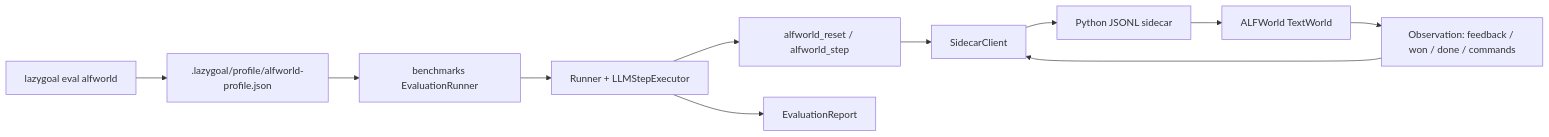
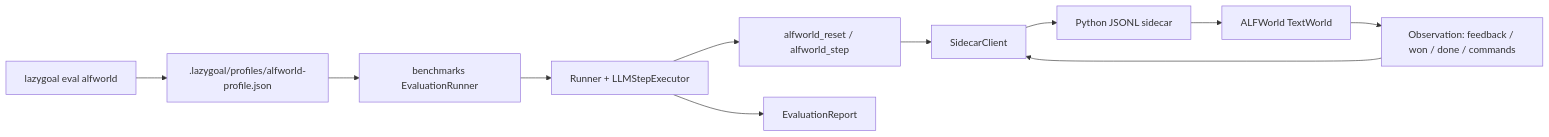
The diagram in specs/alfworld-textworld-eval/design.md (ccasJay/LazyGoal), drawn with Mermaid before and after one commit. The commit also changed other lines of this file and 23 other files, not shown here.

````diff
--- a/specs/alfworld-textworld-eval/design.md
+++ b/specs/alfworld-textworld-eval/design.md
@@ -57,13 +57,13 @@
 ```mermaid
 flowchart LR
-    C[lazygoal eval alfworld] --> PF[.lazygoal/profile/alfworld-profile.json]
+    C[lazygoal eval alfworld] --> PF[.lazygoal/profiles/alfworld-profile.json]
     PF --> E[benchmarks EvaluationRunner]
     E --> G[Runner + LLMStepExecutor]
     G --> T[alfworld_reset / alfworld_step]
     T --> S[SidecarClient]
     S --> PY[Python JSONL sidecar]
     PY --> A[ALFWorld TextWorld]
     A --> O[Observation: feedback / won / done / commands]
     O --> S
     G --> R[EvaluationReport]
 ```
````
